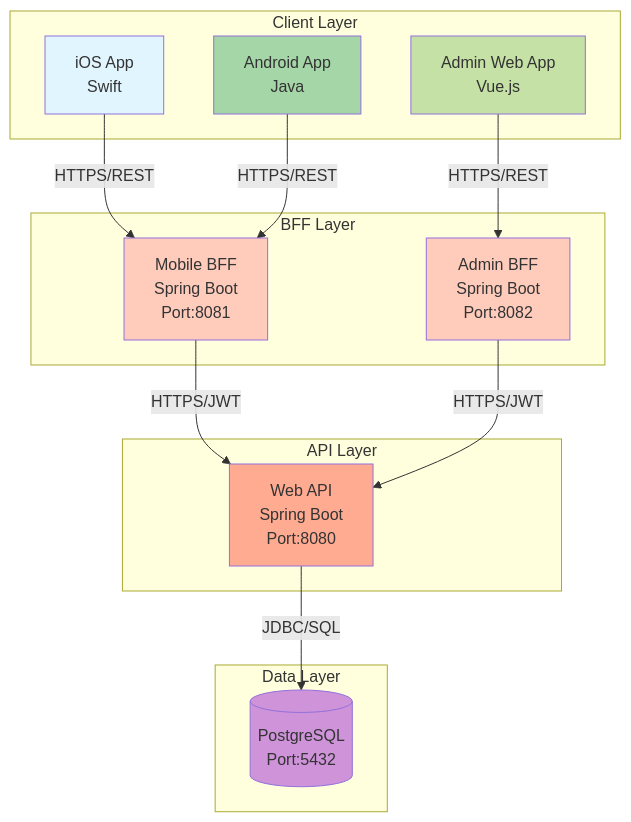
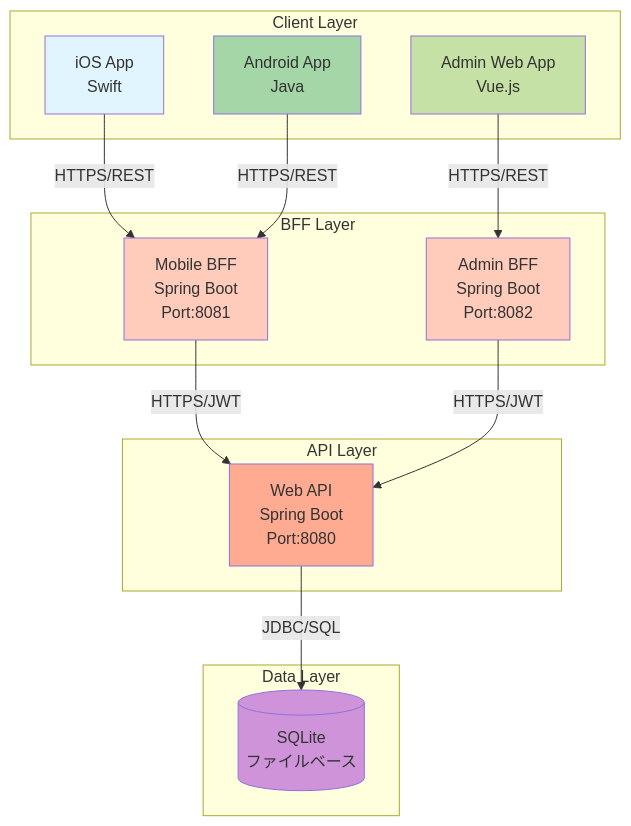
The second of 7 diagrams in docs/architecture/00-overview.md (Takas0522/ws-demo-mobile-app), drawn with Mermaid before and after one commit. The commit also changed other lines of this file and 42 other files, not shown here.

First line of the commit message:
docs: update all PostgreSQL references to SQLite

````diff
--- a/docs/architecture/00-overview.md
+++ b/docs/architecture/00-overview.md
@@ -67,36 +67,36 @@
 ```mermaid
 graph TB
     subgraph "Client Layer"
         iOS[iOS App<br/>Swift]
         Android[Android App<br/>Java]
         AdminWeb[Admin Web App<br/>Vue.js]
     end
     
     subgraph "BFF Layer"
         MobileBFF[Mobile BFF<br/>Spring Boot<br/>Port:8081]
         AdminBFF[Admin BFF<br/>Spring Boot<br/>Port:8082]
     end
     
     subgraph "API Layer"
         WebAPI[Web API<br/>Spring Boot<br/>Port:8080]
     end
     
     subgraph "Data Layer"
-        PostgreSQL[(PostgreSQL<br/>Port:5432)]
+        SQLite[(SQLite<br/>ファイルベース)]
     end
     
     iOS -->|HTTPS/REST| MobileBFF
     Android -->|HTTPS/REST| MobileBFF
     AdminWeb -->|HTTPS/REST| AdminBFF
     MobileBFF -->|HTTPS/JWT| WebAPI
     AdminBFF -->|HTTPS/JWT| WebAPI
-    WebAPI -->|JDBC/SQL| PostgreSQL
+    WebAPI -->|JDBC/SQL| SQLite
     
     style iOS fill:#e1f5ff
     style Android fill:#a5d6a7
     style AdminWeb fill:#c5e1a5
     style MobileBFF fill:#ffccbc
     style AdminBFF fill:#ffccbc
     style WebAPI fill:#ffab91
-    style PostgreSQL fill:#ce93d8
+    style SQLite fill:#ce93d8
 ```
````
